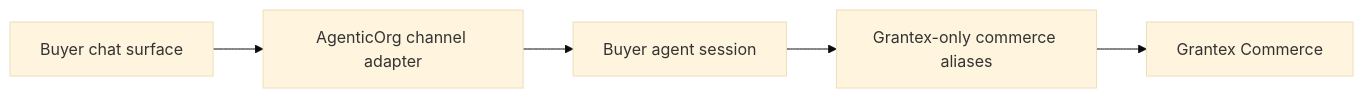
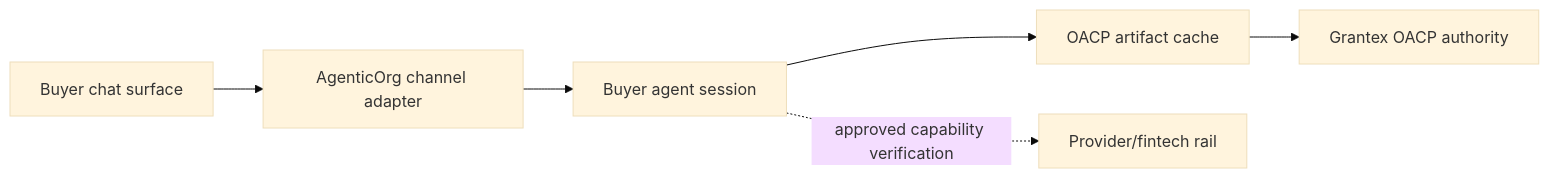
Before and after one commit to mishrasanjeev/agentic-org: the second of 2 diagrams in docs/commerce-agent-agentic-commerce-implementation-prd.md, drawn with Mermaid (base theme). The commit also changed other lines of this file and 3 other files, not shown here.

Commit message:
docs(commerce): update OACP agent PRD and content plan

````diff
--- a/docs/commerce-agent-agentic-commerce-implementation-prd.md
+++ b/docs/commerce-agent-agentic-commerce-implementation-prd.md
@@ -149,13 +190,15 @@
 ```mermaid
 flowchart LR
   chat["Buyer chat surface"]
   adapter["AgenticOrg channel adapter"]
   session["Buyer agent session"]
-  tools["Grantex-only commerce aliases"]
-  grantex["Grantex Commerce"]
+  cache["OACP artifact cache"]
+  grantex["Grantex OACP authority"]
+  provider["Provider/fintech rail"]
 
   chat --> adapter
   adapter --> session
-  session --> tools
-  tools --> grantex
+  session --> cache
+  cache --> grantex
+  session -. "approved capability verification" .-> provider
 ```
````
